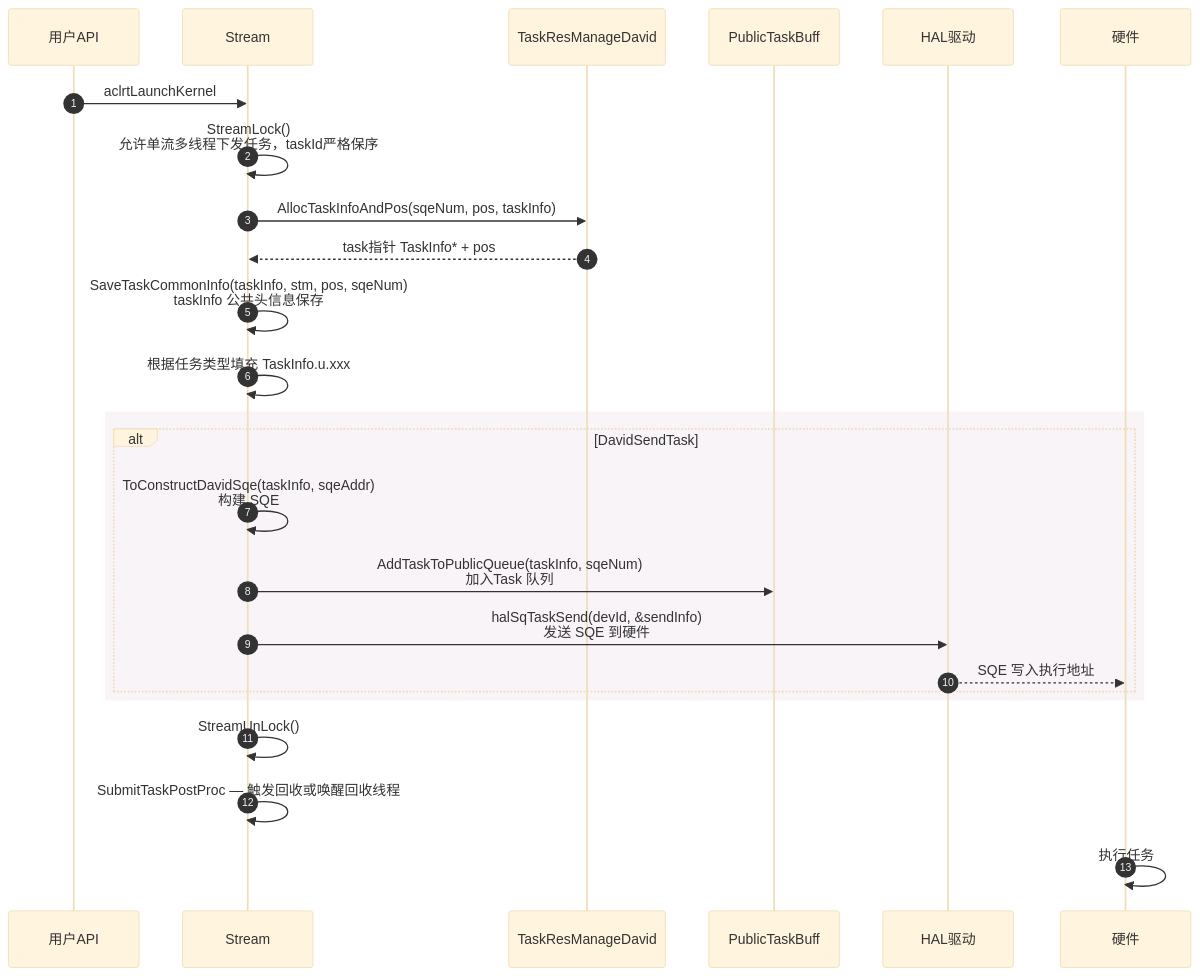
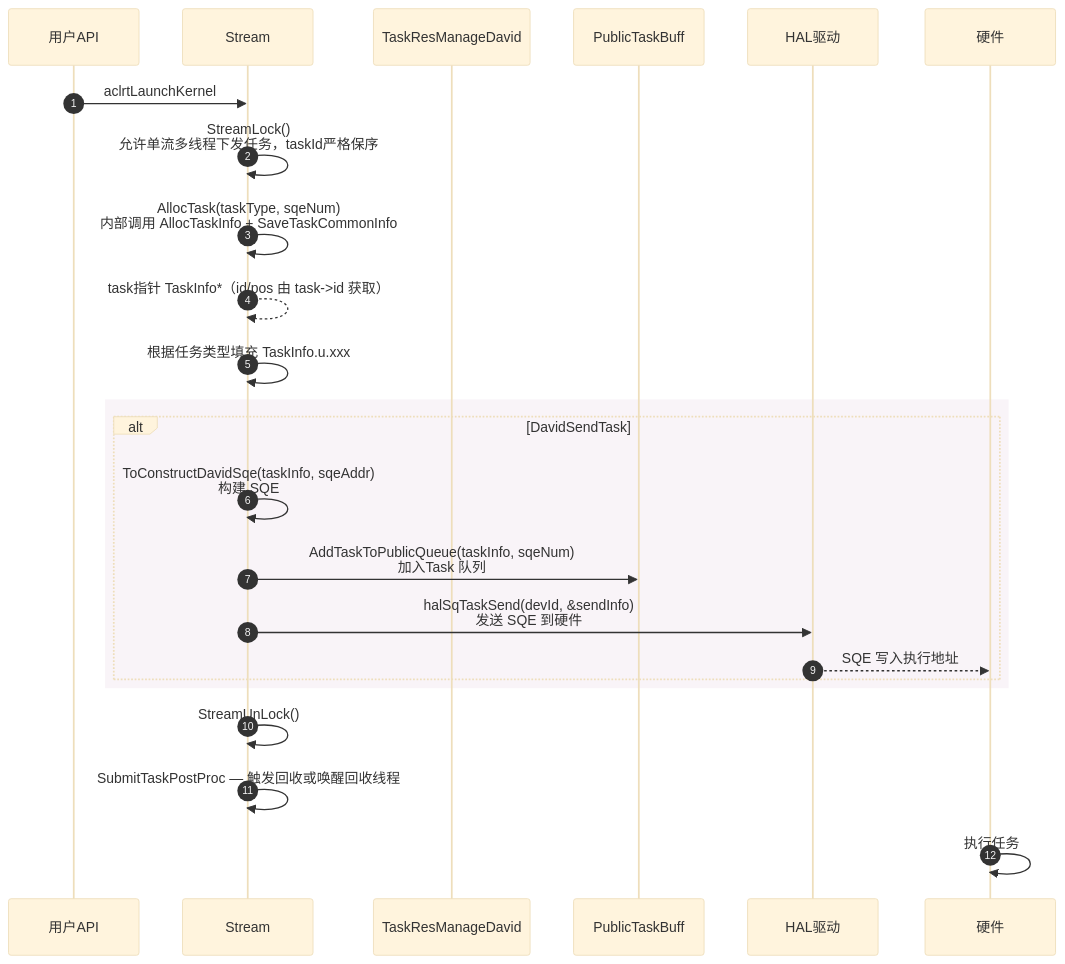
The third of 7 diagrams in docs/zh/design/modules/task/task.md (hicann/runtime), drawn with Mermaid (base theme) before and after one commit. The commit also changed other lines of this file and 6 other files, not shown here.

````diff
--- a/docs/zh/design/modules/task/task.md
+++ b/docs/zh/design/modules/task/task.md
@@ -125,30 +125,29 @@
 ```mermaid
 
 sequenceDiagram
     autonumber
     participant User as 用户API
     participant Stream as Stream
     participant TaskResMang as TaskResManageDavid
     participant PublicQueue as PublicTaskBuff
     participant Driver as HAL驱动
     participant HWTS as 硬件
 
     User->>Stream: aclrtLaunchKernel
     Stream->>Stream: StreamLock() <br/> 允许单流多线程下发任务，taskId严格保序
-    Stream->>TaskResMang: AllocTaskInfoAndPos(sqeNum, pos, taskInfo)
-    TaskResMang-->>Stream: task指针 TaskInfo* + pos
-    Stream->>Stream: SaveTaskCommonInfo(taskInfo, stm, pos, sqeNum)  <br/> taskInfo 公共头信息保存
+    Stream->>Stream: AllocTask(taskType, sqeNum) <br/> 内部调用 AllocTaskInfo + SaveTaskCommonInfo
+    Stream-->>Stream: task指针 TaskInfo*（id/pos 由 task->id 获取）
     Stream->>Stream: 根据任务类型填充 TaskInfo.u.xxx
     rect rgba(245, 237, 244, 0.62)
         alt DavidSendTask
             Stream->>Stream: ToConstructDavidSqe(taskInfo, sqeAddr) <br/> 构建 SQE
             Stream->>PublicQueue: AddTaskToPublicQueue(taskInfo, sqeNum) <br/> 加入Task 队列
             Stream->>Driver: halSqTaskSend(devId, &sendInfo) <br/> 发送 SQE 到硬件
             Driver-->>HWTS: SQE 写入执行地址
         end
     end
     Stream->>Stream: StreamUnLock()
     Stream->>Stream: SubmitTaskPostProc — 触发回收或唤醒回收线程
     HWTS->>HWTS: 执行任务
 
 ```
````
